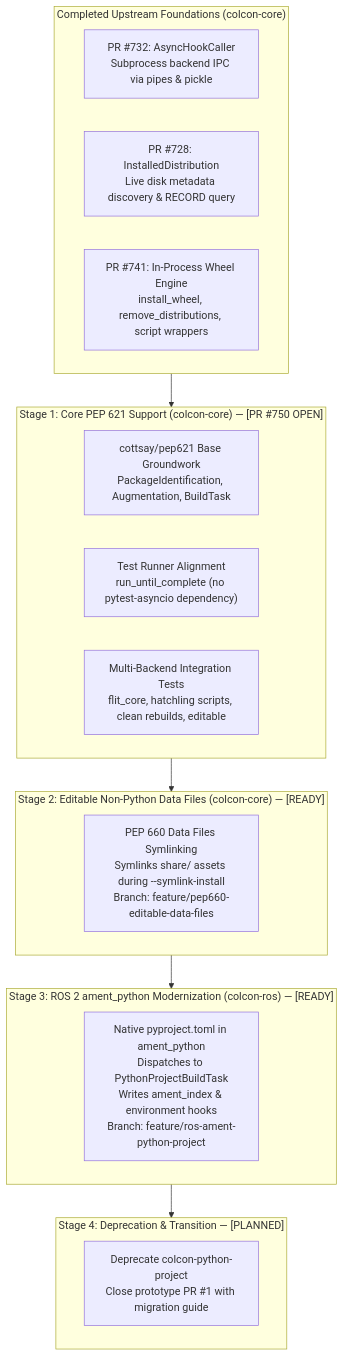
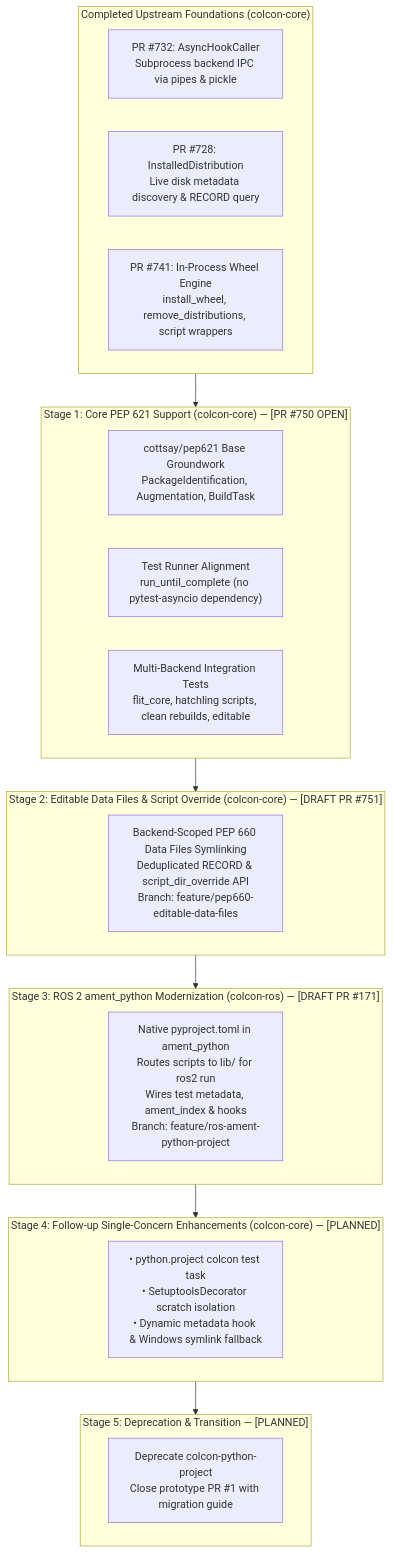
Before and after one commit to KmoM88/colcon-roadmap: the diagram in docs/proposals/pep621_pep660_upstream_proposal.md, drawn with Mermaid. The commit also changed other lines of this file and 7 other files, not shown here.

````diff
--- a/docs/proposals/pep621_pep660_upstream_proposal.md
+++ b/docs/proposals/pep621_pep660_upstream_proposal.md
@@ -15,31 +15,36 @@
 ```mermaid
 graph TD
     subgraph Merged["Completed Upstream Foundations (colcon-core)"]
         M1["PR #732: AsyncHookCaller<br/>Subprocess backend IPC via pipes & pickle"]
         M2["PR #728: InstalledDistribution<br/>Live disk metadata discovery & RECORD query"]
         M3["PR #741: In-Process Wheel Engine<br/>install_wheel, remove_distributions, script wrappers"]
     end
 
     subgraph Stage1["Stage 1: Core PEP 621 Support (colcon-core) — [PR #750 OPEN]"]
         S1A["cottsay/pep621 Base Groundwork<br/>PackageIdentification, Augmentation, BuildTask"]
         S1B["Test Runner Alignment<br/>run_until_complete (no pytest-asyncio dependency)"]
         S1C["Multi-Backend Integration Tests<br/>flit_core, hatchling scripts, clean rebuilds, editable"]
     end
 
-    subgraph Stage2["Stage 2: Editable Non-Python Data Files (colcon-core) — [READY]"]
-        S2["PEP 660 Data Files Symlinking<br/>Symlinks share/ assets during --symlink-install<br/>Branch: feature/pep660-editable-data-files"]
+    subgraph Stage2["Stage 2: Editable Data Files & Script Override (colcon-core) — [DRAFT PR #751]"]
+        S2["Backend-Scoped PEP 660 Data Files Symlinking<br/>Deduplicated RECORD & script_dir_override API<br/>Branch: feature/pep660-editable-data-files"]
     end
 
-    subgraph Stage3["Stage 3: ROS 2 ament_python Modernization (colcon-ros) — [READY]"]
-        S3["Native pyproject.toml in ament_python<br/>Dispatches to PythonProjectBuildTask<br/>Writes ament_index & environment hooks<br/>Branch: feature/ros-ament-python-project"]
+    subgraph Stage3["Stage 3: ROS 2 ament_python Modernization (colcon-ros) — [DRAFT PR #171]"]
+        S3["Native pyproject.toml in ament_python<br/>Routes scripts to lib/<pkg> for ros2 run<br/>Wires test metadata, ament_index & hooks<br/>Branch: feature/ros-ament-python-project"]
     end
 
-    subgraph Stage4["Stage 4: Deprecation & Transition — [PLANNED]"]
-        S4["Deprecate colcon-python-project<br/>Close prototype PR #1 with migration guide"]
+    subgraph Stage4["Stage 4: Follow-up Single-Concern Enhancements (colcon-core) — [PLANNED]"]
+        S4["• python.project colcon test task<br/>• SetuptoolsDecorator scratch isolation<br/>• Dynamic metadata hook & Windows symlink fallback"]
+    end
+
+    subgraph Stage5["Stage 5: Deprecation & Transition — [PLANNED]"]
+        S5["Deprecate colcon-python-project<br/>Close prototype PR #1 with migration guide"]
     end
 
     Merged --> Stage1
     Stage1 --> Stage2
     Stage2 --> Stage3
     Stage3 --> Stage4
+    Stage4 --> Stage5
 ```
````
